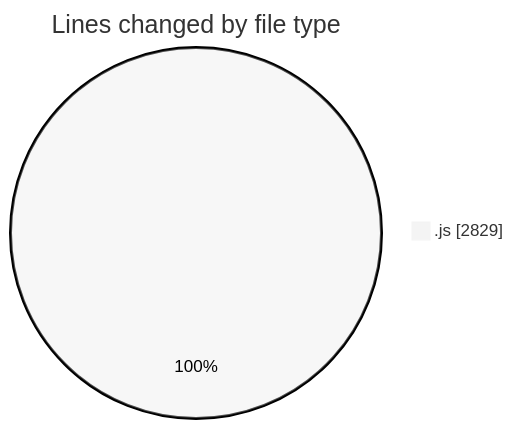
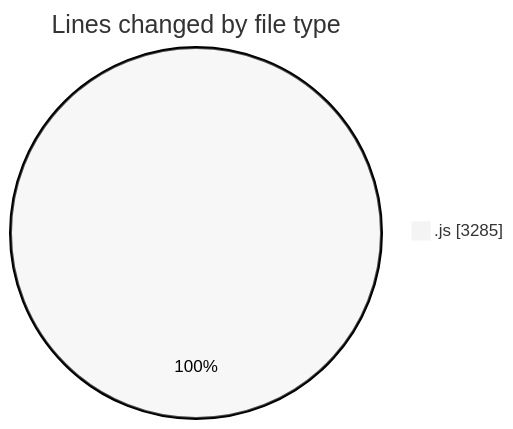
Before and after one commit to nxtqubesakshisongat/code-tracking: the first of 2 diagrams in 2025-09-03/nxtqube_webapp/README.md, drawn with Mermaid (neutral theme). The commit also changed other lines of this file and 1 other file, not shown here.

````diff
--- a/2025-09-03/nxtqube_webapp/README.md
+++ b/2025-09-03/nxtqube_webapp/README.md
@@ -20,5 +20,5 @@
 ```mermaid
 pie showData
 title Lines changed by file type
-".js" : 2829
+".js" : 3285
 ```
````
